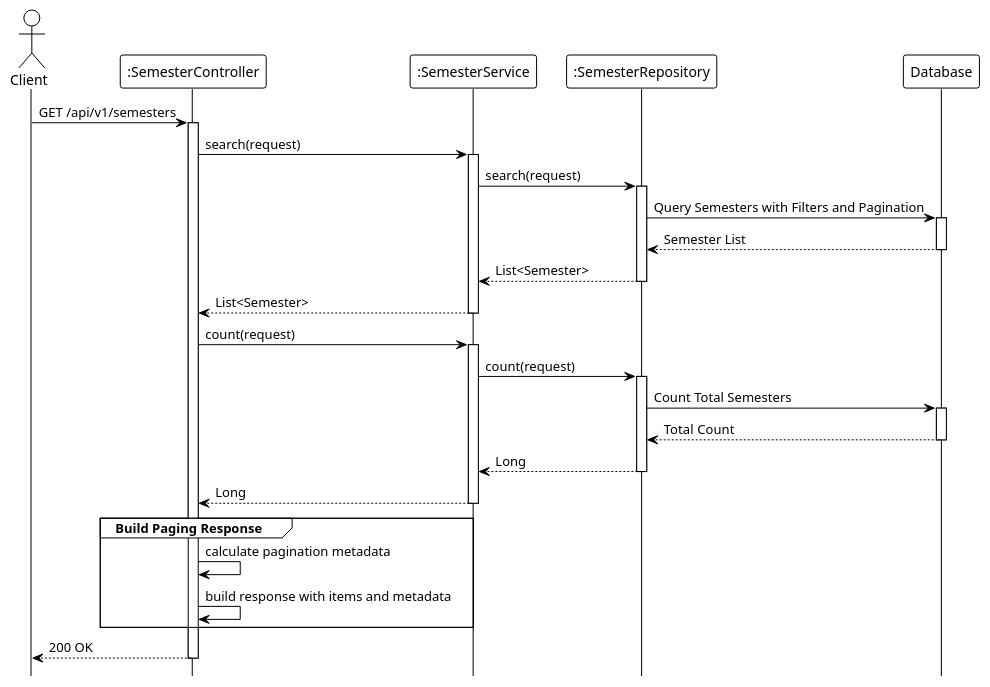
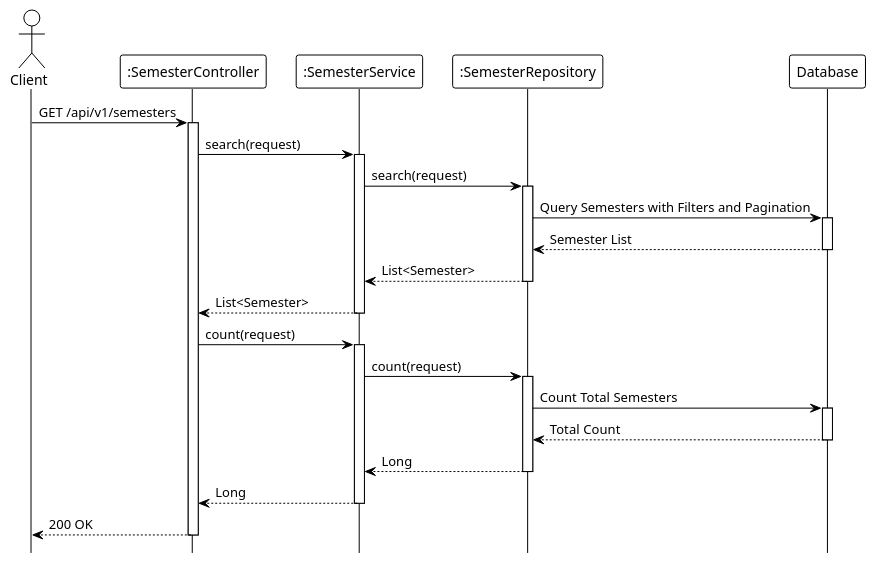
Before and after one commit to Ndh474/context: the diagram in system_detailed_design/05_view_list_semester/sequence_diagram_view_list_semester.puml, drawn with PlantUML. The commit also changed 13 other files, not shown here.

```diff
--- a/system_detailed_design/05_view_list_semester/sequence_diagram_view_list_semester.puml
+++ b/system_detailed_design/05_view_list_semester/sequence_diagram_view_list_semester.puml
@@ -1,60 +1,56 @@
 @startuml view_list_semester
 !theme plain
 hide footbox
 
 actor Client
 participant ":SemesterController" as Controller
 participant ":SemesterService" as Service
 participant ":SemesterRepository" as Repository
 participant "Database" as DB
 
 ' --- MAIN FLOW ---
 Client -> Controller: GET /api/v1/semesters
 activate Controller
 
 Controller -> Service: search(request)
 activate Service
 
 ' --- SEARCH QUERY ---
 Service -> Repository: search(request)
 activate Repository
 
 Repository -> DB: Query Semesters with Filters and Pagination
 activate DB
 DB --> Repository: Semester List
 deactivate DB
 
 Repository --> Service: List<Semester>
 deactivate Repository
 
 Service --> Controller: List<Semester>
 deactivate Service
 
 ' --- COUNT QUERY ---
 Controller -> Service: count(request)
 activate Service
 
 Service -> Repository: count(request)
 activate Repository
 
 Repository -> DB: Count Total Semesters
 activate DB
 DB --> Repository: Total Count
 deactivate DB
 
 Repository --> Service: Long
 deactivate Repository
 
 Service --> Controller: Long
 deactivate Service
 
-' --- BUILD RESPONSE ---
-group Build Paging Response
-    Controller -> Controller: calculate pagination metadata
-    Controller -> Controller: build response with items and metadata
-end
+' Build paging response (internal)
 
 Controller --> Client: 200 OK
 deactivate Controller
 
 @enduml
```
